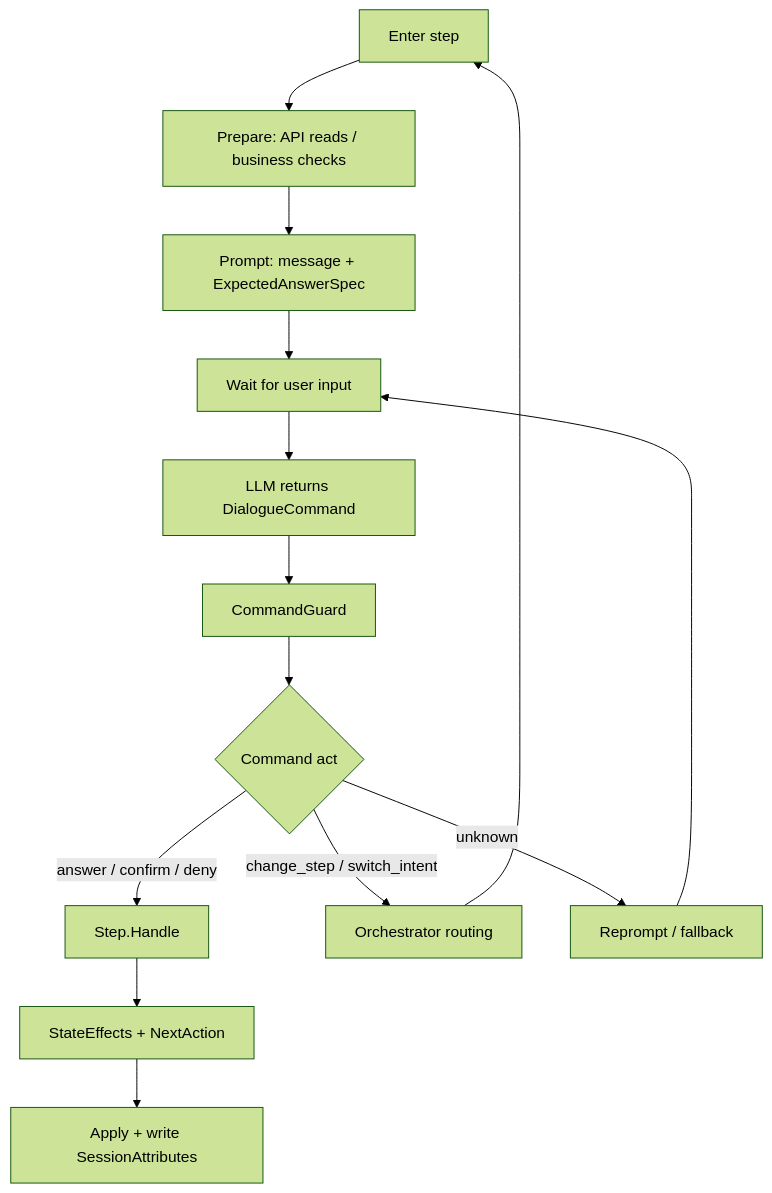
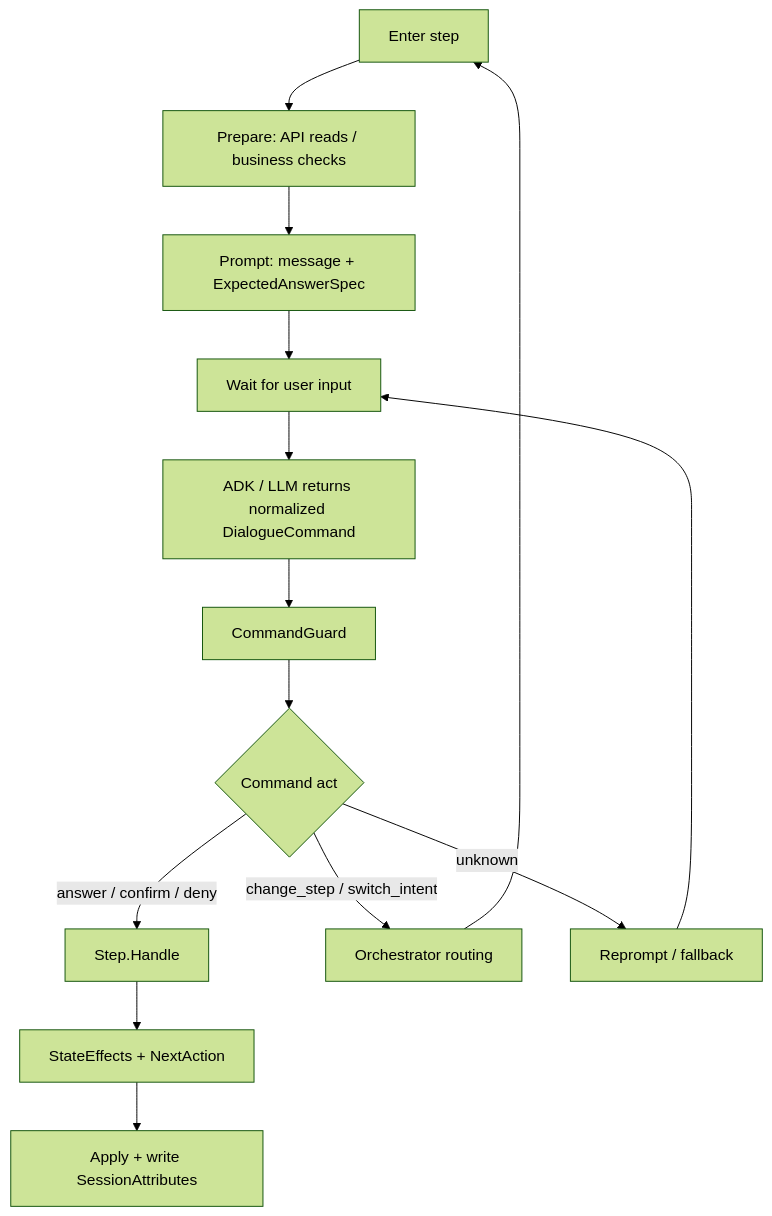
One commit to fghjkl007/adk-go-company-model-integration changed the second of 8 diagrams in docs/superpowers/specs/2026-06-07-intent-step-orchestration-confluence.md. Above: the diagram before and after it, drawn with Mermaid (forest theme). The commit also changed other lines of this file, not shown here.

Commit message:
docs: merge llm normalization and command output

````diff
--- a/docs/superpowers/specs/2026-06-07-intent-step-orchestration-confluence.md
+++ b/docs/superpowers/specs/2026-06-07-intent-step-orchestration-confluence.md
@@ -51,16 +50,16 @@
 ```mermaid
 flowchart TD
   Enter["Enter step"] --> Prepare["Prepare: API reads / business checks"]
   Prepare --> Prompt["Prompt: message + ExpectedAnswerSpec"]
   Prompt --> Wait["Wait for user input"]
-  Wait --> Parse["LLM returns DialogueCommand"]
+  Wait --> Parse["ADK / LLM returns normalized DialogueCommand"]
   Parse --> Guard["CommandGuard"]
   Guard --> Act{"Command act"}
   Act -->|answer / confirm / deny| Handle["Step.Handle"]
   Act -->|change_step / switch_intent| Route["Orchestrator routing"]
   Act -->|unknown| Reprompt["Reprompt / fallback"]
   Handle --> Result["StateEffects + NextAction"]
   Result --> Apply["Apply + write SessionAttributes"]
   Route --> Enter
   Reprompt --> Wait
 ```
````
